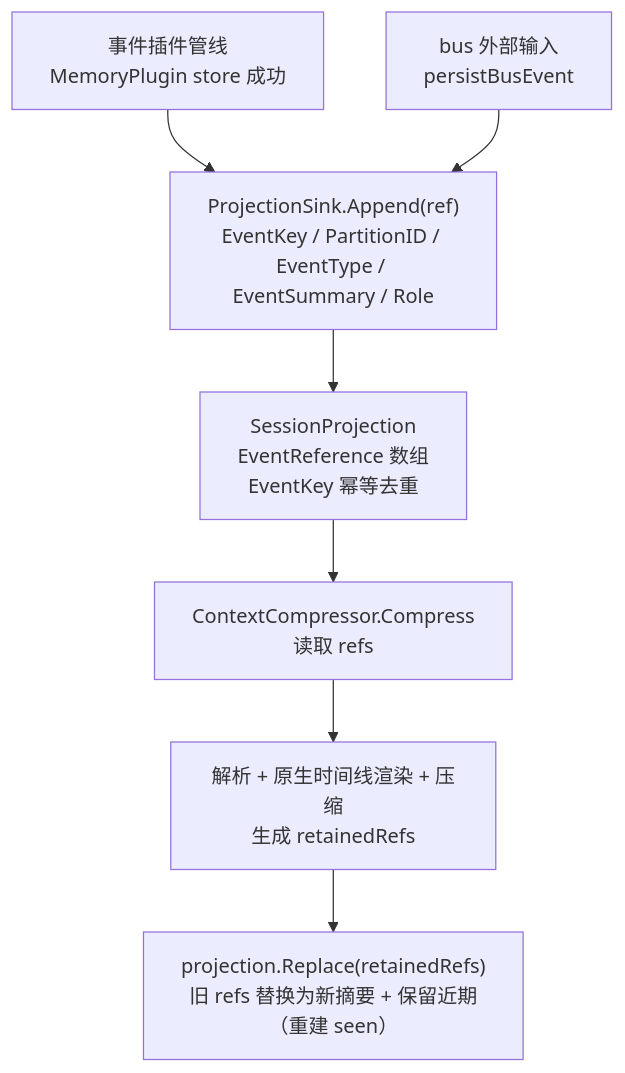
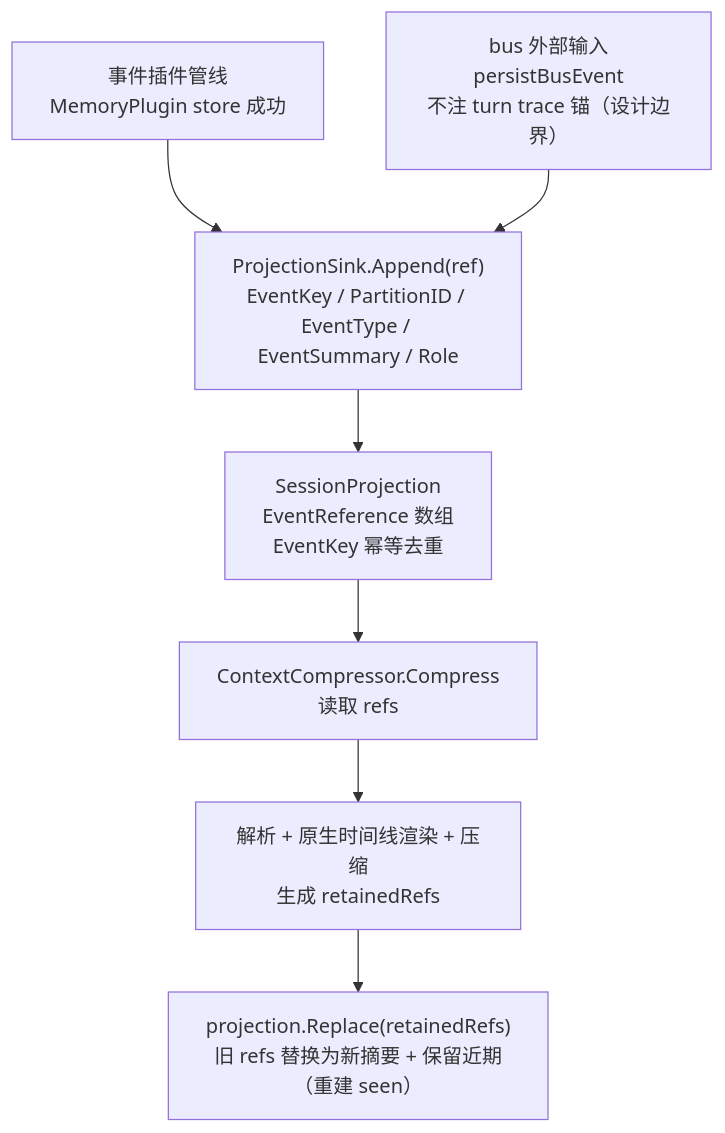
One commit to SpellingDragon/tagent changed the fifth of 7 diagrams in docs/wiki/agent/event-flow.md. Above: the diagram before and after it, drawn with Mermaid. The commit also changed other lines of this file and 6 other files, not shown here.

````diff
--- a/docs/wiki/agent/event-flow.md
+++ b/docs/wiki/agent/event-flow.md
@@ -88,10 +89,10 @@
 ```mermaid
 graph TD
     E[事件插件管线<br/>MemoryPlugin store 成功] --> APP["ProjectionSink.Append(ref)<br/>EventKey / PartitionID / EventType / EventSummary / Role"]
-    BUS[bus 外部输入<br/>persistBusEvent] --> APP
+    BUS[bus 外部输入<br/>persistBusEvent<br/>不注 turn trace 锚（设计边界）] --> APP
     APP --> PROJ[SessionProjection<br/>EventReference 数组<br/>EventKey 幂等去重]
 
     PROJ --> READ["ContextCompressor.Compress<br/>读取 refs"]
     READ --> COMPRESS["解析 + 原生时间线渲染 + 压缩<br/>生成 retainedRefs"]
     COMPRESS --> REP["projection.Replace(retainedRefs)<br/>旧 refs 替换为新摘要 + 保留近期（重建 seen）"]
 ```
````
